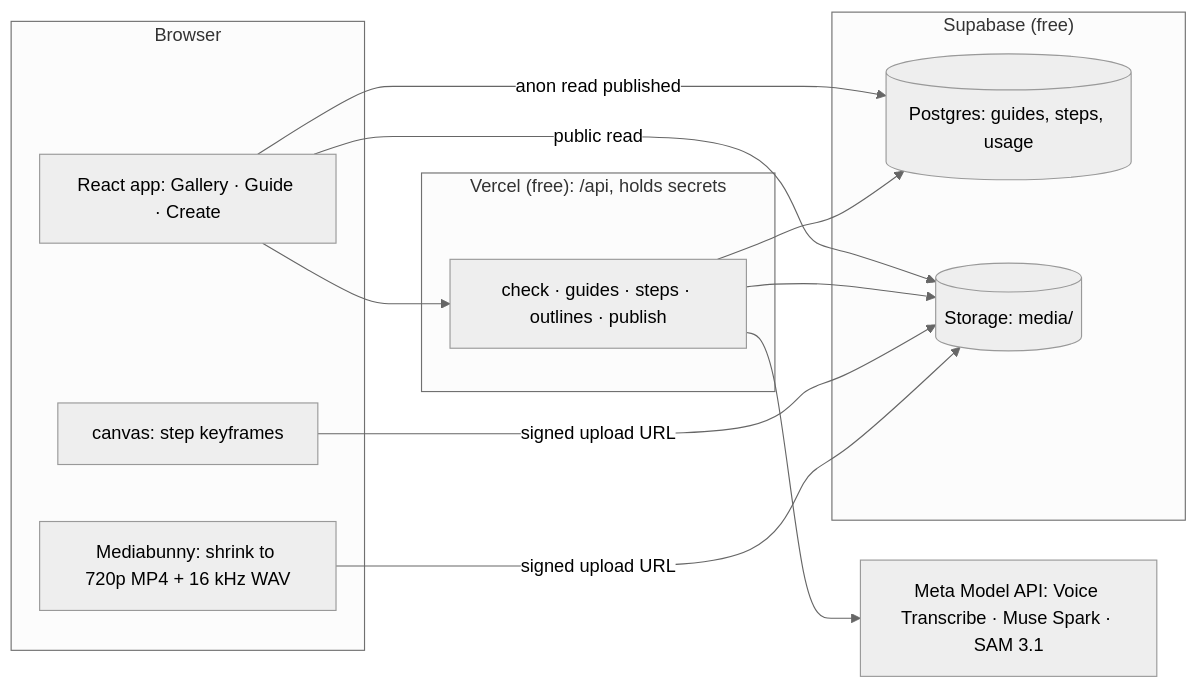
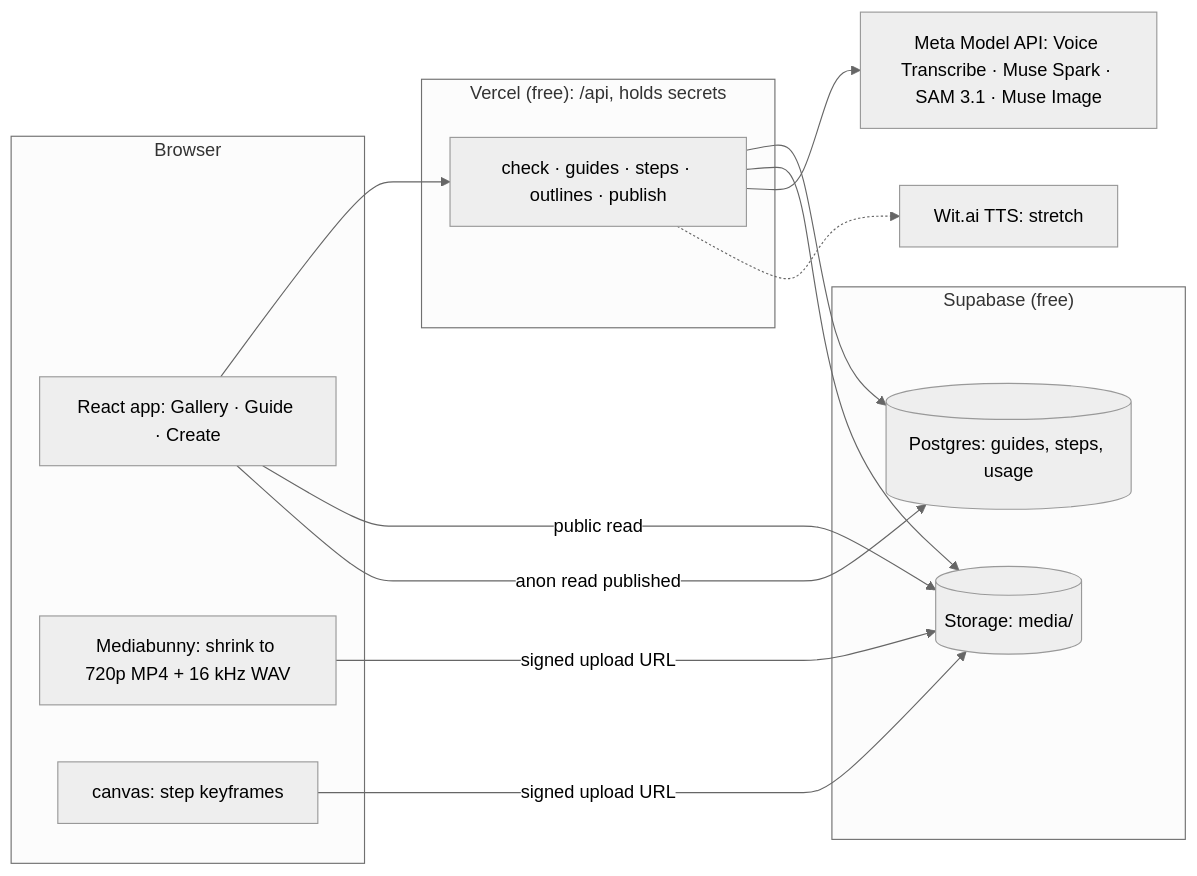
The diagram in apps/showhow/docs/ARCHITECTURE.md (muhammadtalhaishtiaq/goodfix), drawn with Mermaid (neutral theme) before and after one commit. The commit also changed other lines of this file and 13 other files, not shown here.

First line of the commit message:
Spec voice guides (T17): safety gate, Muse Image styles; align all docs

````diff
--- a/apps/showhow/docs/ARCHITECTURE.md
+++ b/apps/showhow/docs/ARCHITECTURE.md
@@ -7,24 +7,26 @@
 ```mermaid
 flowchart LR
   subgraph Browser
     UI[React app: Gallery · Guide · Create]
     MB[Mediabunny: shrink to 720p MP4 + 16 kHz WAV]
     KF[canvas: step keyframes]
   end
   subgraph Vercel["Vercel (free): /api, holds secrets"]
     API[check · guides · steps · outlines · publish]
   end
   subgraph Supabase["Supabase (free)"]
     PG[(Postgres: guides, steps, usage)]
     ST[(Storage: media/)]
   end
-  META[Meta Model API: Voice Transcribe · Muse Spark · SAM 3.1]
+  META[Meta Model API: Voice Transcribe · Muse Spark · SAM 3.1 · Muse Image]
+  WIT[Wit.ai TTS: stretch]
   UI --> API
   MB -- signed upload URL --> ST
   KF -- signed upload URL --> ST
   API --> PG
   API --> ST
   API --> META
+  API -.-> WIT
   UI -- public read --> ST
   UI -- anon read published --> PG
 ```
````
